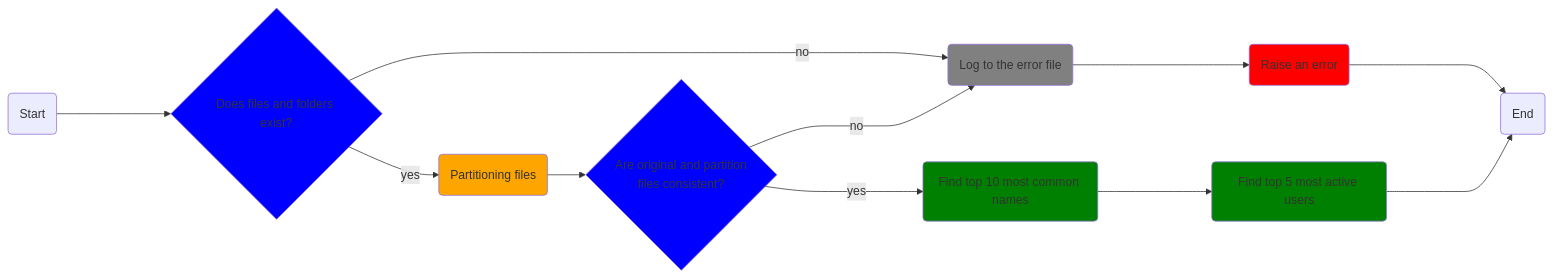
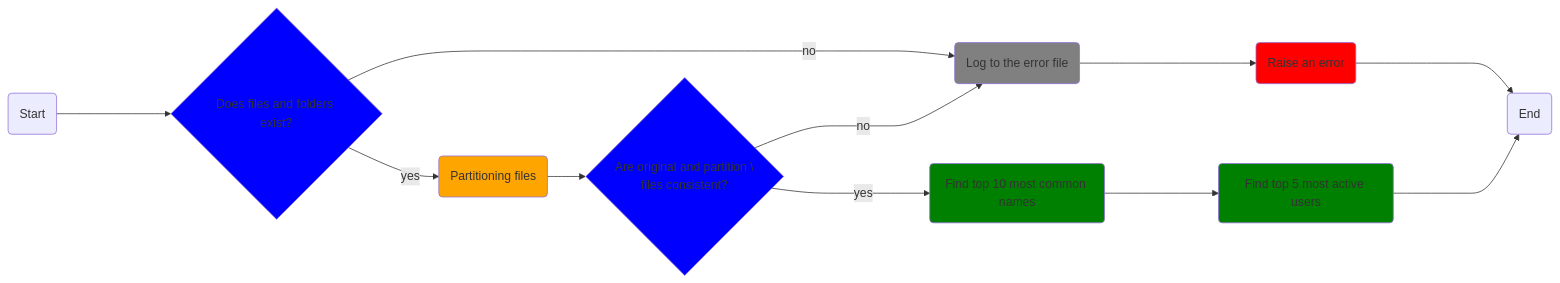
One commit to bbarabadze/DE_Project_1 changed the diagram in readme.md. Above: the diagram before and after it, drawn with Mermaid.

````diff
--- a/readme.md
+++ b/readme.md
@@ -8,32 +8,31 @@
 ```mermaid
 flowchart LR
     S(Start)
     F{Does files and folders exist?}
     style F fill:blue
     LG(Log to the error file)
     style LG fill:gray
     E(Raise an error)
     style E fill:red
     D(Partitioning files)
     style D fill:orange
-    CR{Are original and partition 
-    files consistent?}
+    CR{Are original and partition \\n files consistent?}
     style CR fill:blue
     AN5(Find top 10 most common names)
     style AN5 fill:green
     AN6(Find top 5 most active users)
     style AN6 fill:green
     END(End)
     S ----> F
     F -->|yes| D
     F ---->|no| LG
     D --> CR
     CR ----> |yes| AN5
     CR ----> |no| LG
     LG ----> E
     E ----> END
     AN5 ----> AN6
     AN6 ----> END
 
 
 ```
````
